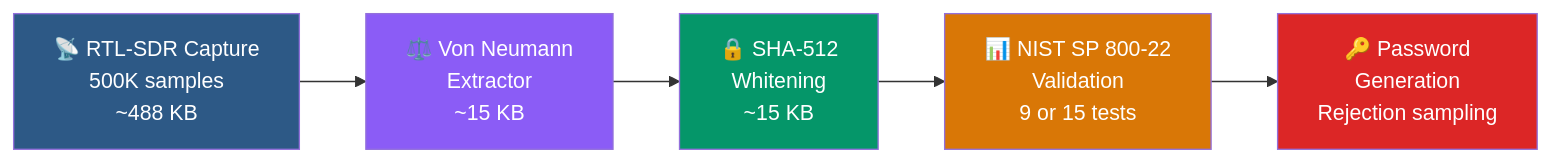
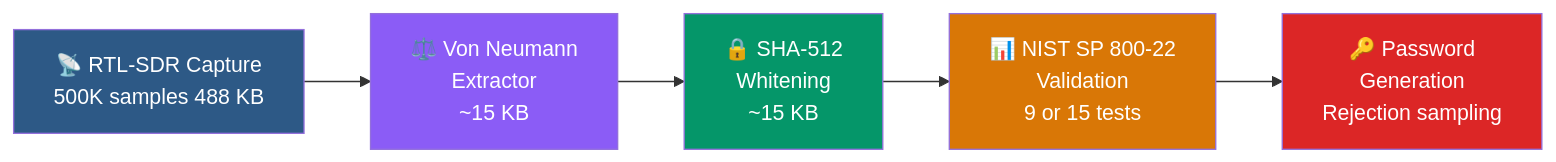
One commit to Sherub1/RadioNoise changed the first of 2 diagrams in docs/entropy-pipeline.md. Above: the diagram before and after it, drawn with Mermaid.

Commit message:
Update flowchart in entropy-pipeline.md
Removed the extra 'samples' text from the RTL-SDR Capture node in the flowchart.

````diff
--- a/docs/entropy-pipeline.md
+++ b/docs/entropy-pipeline.md
@@ -7,13 +7,13 @@
 ```mermaid
 flowchart LR
-    A["📡 RTL-SDR Capture\n500K samples\n~488 KB"] --> B["⚖️ Von Neumann\nExtractor\n~15 KB"]
+    A["📡 RTL-SDR Capture\n500K samples 488 KB"] --> B["⚖️ Von Neumann\nExtractor\n~15 KB"]
     B --> C["🔒 SHA-512\nWhitening\n~15 KB"]
     C --> D["📊 NIST SP 800-22\nValidation\n9 or 15 tests"]
     D --> E["🔑 Password\nGeneration\nRejection sampling"]
 
     style A fill:#2d5986,color:#fff
     style B fill:#8b5cf6,color:#fff
     style C fill:#059669,color:#fff
     style D fill:#d97706,color:#fff
     style E fill:#dc2626,color:#fff
 ```
````
